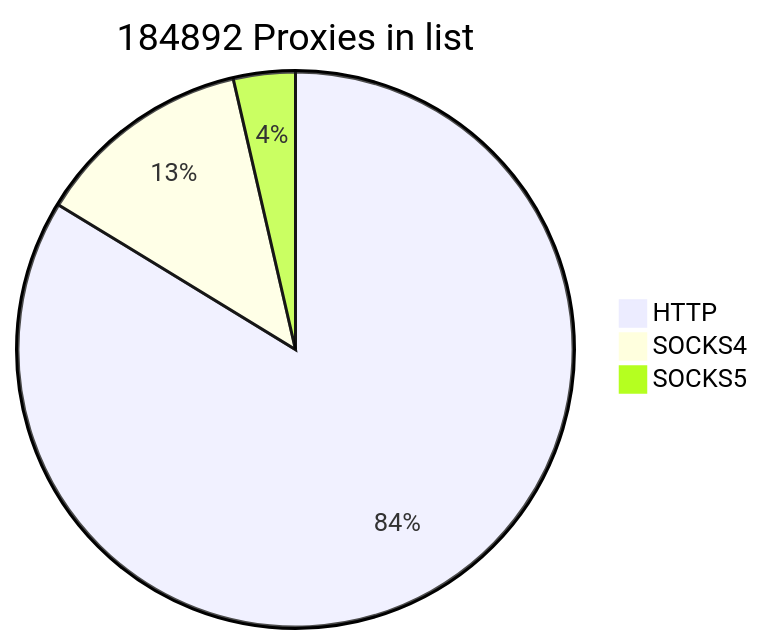
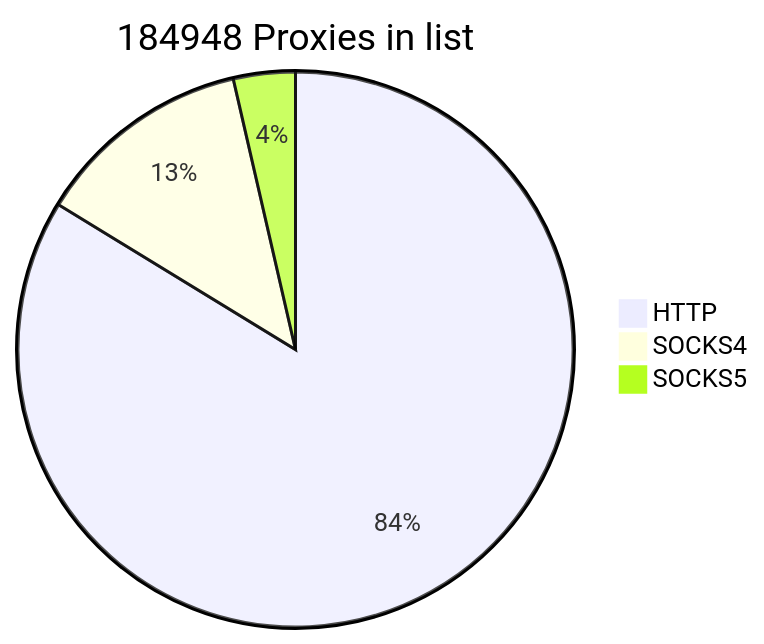
The first of 2 diagrams in README.md (cutipu/proxylist), drawn with Mermaid before and after one commit. The commit also changed other lines of this file, not shown here.

````diff
--- a/README.md
+++ b/README.md
@@ -2,7 +2,7 @@
 ```mermaid
-pie title 184892 Proxies in list
-    "HTTP" : 154797
-    "SOCKS4" : 23442
+pie title 184948 Proxies in list
+    "HTTP" : 154854
+    "SOCKS4" : 23441
     "SOCKS5" : 6653
             
 ```
````
